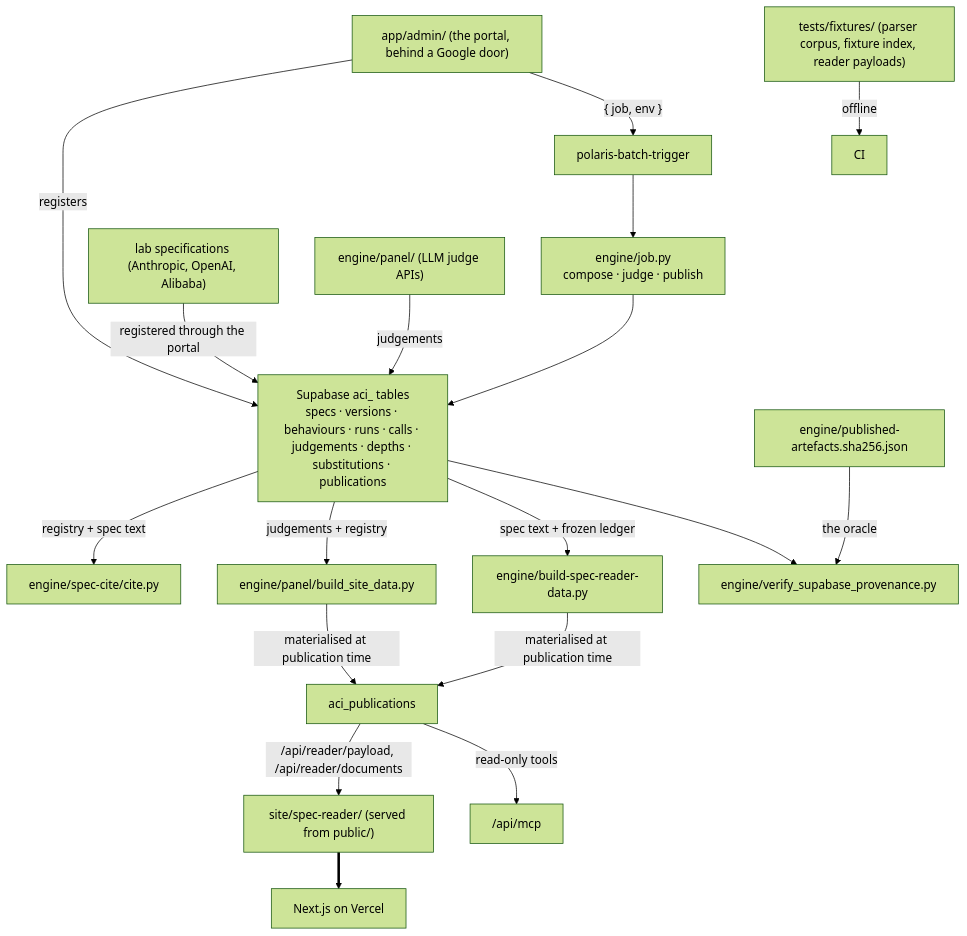
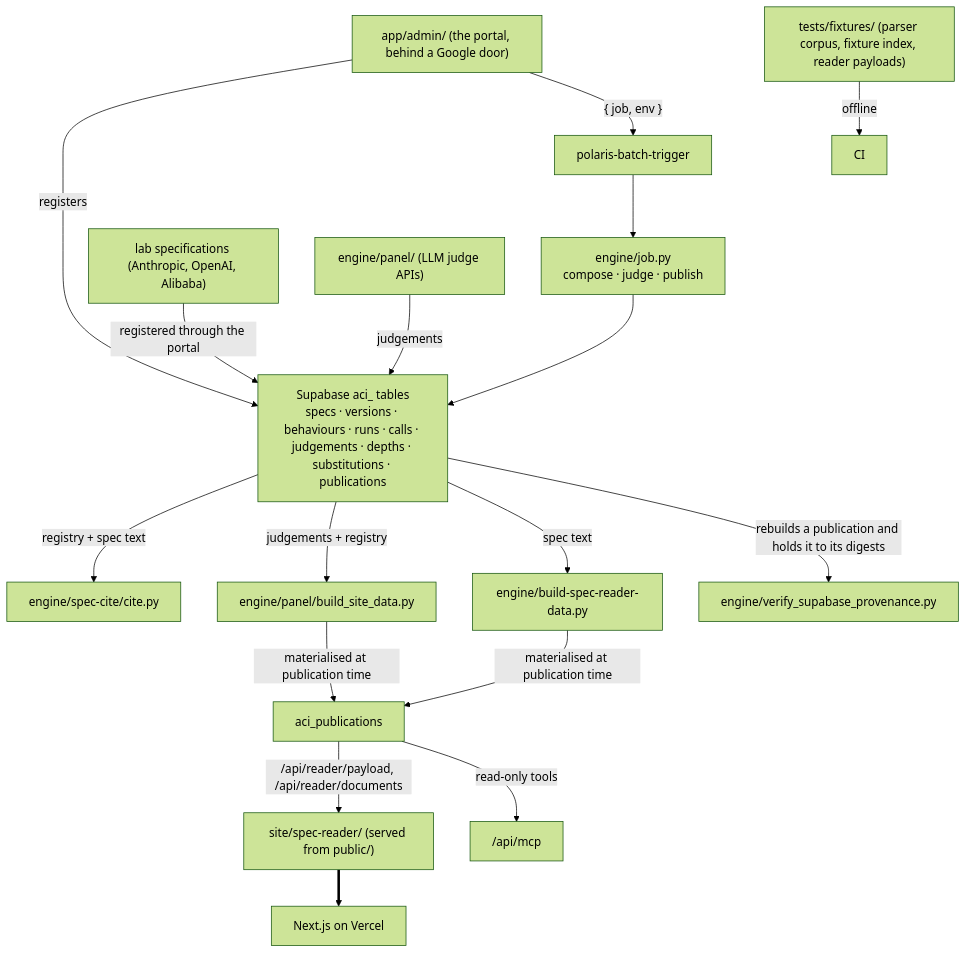
One commit to polariscollective/ai-character-index changed the diagram in SYSTEM.md. Above: the diagram before and after it, drawn with Mermaid (forest theme). The commit also changed other lines of this file and 25 other files, not shown here.

````diff
--- a/SYSTEM.md
+++ b/SYSTEM.md
@@ -17,19 +17,18 @@
 ```mermaid
 graph TB
   admin["app/admin/ (the portal, behind a Google door)"] -->|"registers"| sb
   admin -->|"{ job, env }"| trig["polaris-batch-trigger"] --> job["engine/job.py<br/>compose · judge · publish"]
   job --> sb
   labs["lab specifications (Anthropic, OpenAI, Alibaba)"] -->|"registered through the portal"| sb
   sb["Supabase aci_ tables<br/>specs · versions · behaviours · runs · calls · judgements · depths · substitutions · publications"]
   panel["engine/panel/ (LLM judge APIs)"] -->|"judgements"| sb
   sb -->|"registry + spec text"| cite["engine/spec-cite/cite.py"]
   sb -->|"judgements + registry"| bsd["engine/panel/build_site_data.py"]
-  sb -->|"spec text + frozen ledger"| bsr["engine/build-spec-reader-data.py"]
+  sb -->|"spec text"| bsr["engine/build-spec-reader-data.py"]
   bsd & bsr -->|"materialised at publication time"| pub["aci_publications"]
   pub -->|"/api/reader/payload, /api/reader/documents"| reader["site/spec-reader/ (served from public/)"]
   pub -->|"read-only tools"| mcp["/api/mcp"]
   reader ==> vc["Next.js on Vercel"]
-  rec["engine/published-artefacts.sha256.json"] -->|"the oracle"| ver["engine/verify_supabase_provenance.py"]
-  sb --> ver
+  sb -->|"rebuilds a publication and holds it to its digests"| ver["engine/verify_supabase_provenance.py"]
   fix["tests/fixtures/ (parser corpus, fixture index, reader payloads)"] -->|"offline"| ci["CI"]
 ```
````
